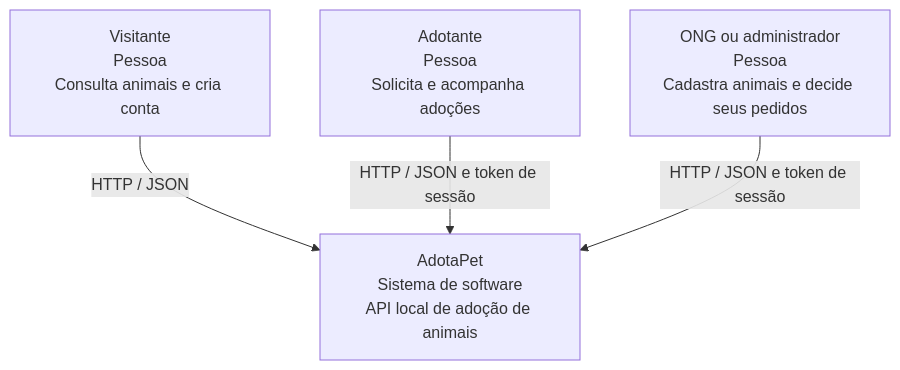
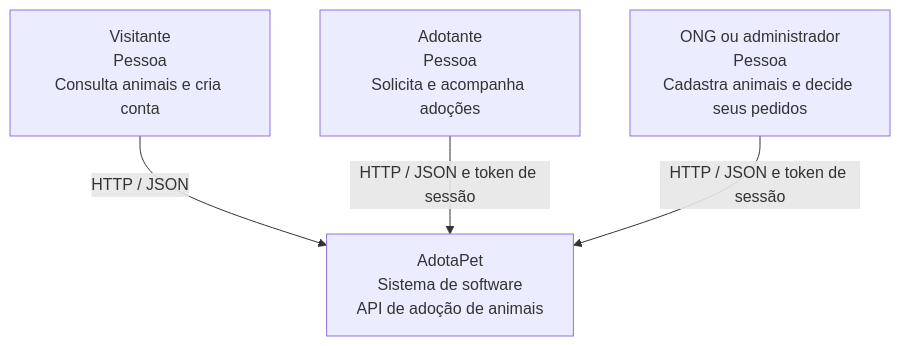
The diagram in docs/arquitetura/diagramas/01-contexto-c4.mmd (KerollayneAkemy/API--ADOTAPET), drawn with Mermaid before and after one commit. The commit also changed 49 other files, not shown here.

Commit message:
feat: harden AdotaPet backend for deployment

```diff
--- a/docs/arquitetura/diagramas/01-contexto-c4.mmd
+++ b/docs/arquitetura/diagramas/01-contexto-c4.mmd
@@ -1,8 +1,8 @@
 flowchart TB
   v["Visitante<br/>Pessoa<br/>Consulta animais e cria conta"]
   a["Adotante<br/>Pessoa<br/>Solicita e acompanha adoções"]
   o["ONG ou administrador<br/>Pessoa<br/>Cadastra animais e decide seus pedidos"]
-  s["AdotaPet<br/>Sistema de software<br/>API local de adoção de animais"]
+  s["AdotaPet<br/>Sistema de software<br/>API de adoção de animais"]
   v -->|HTTP / JSON| s
   a -->|HTTP / JSON e token de sessão| s
   o -->|HTTP / JSON e token de sessão| s
```
